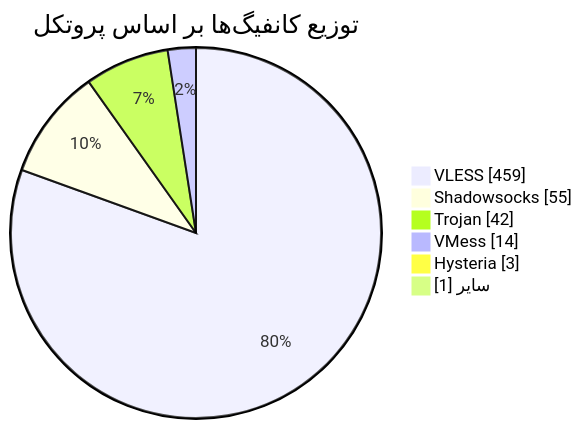
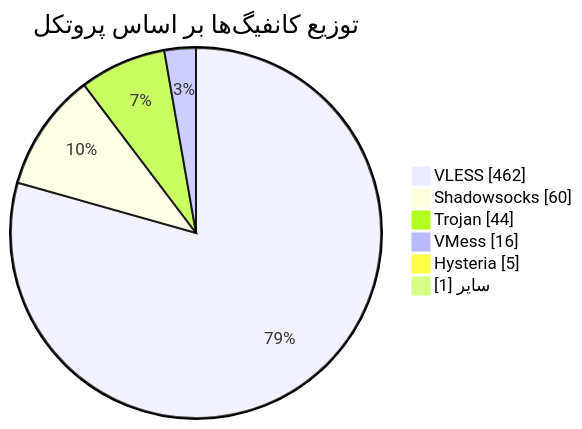
Before and after one commit to Arian-Alijani/Somthing: the diagram in README.md, drawn with Mermaid. The commit also changed other lines of this file and 19 other files, not shown here.

````diff
--- a/README.md
+++ b/README.md
@@ -48,10 +48,10 @@
 ```mermaid
 pie showData
     title توزیع کانفیگ‌ها بر اساس پروتکل
-    "VLESS" : 459
-    "Shadowsocks" : 55
-    "Trojan" : 42
-    "VMess" : 14
-    "Hysteria" : 3
+    "VLESS" : 462
+    "Shadowsocks" : 60
+    "Trojan" : 44
+    "VMess" : 16
+    "Hysteria" : 5
     "سایر" : 1
 ```
````
